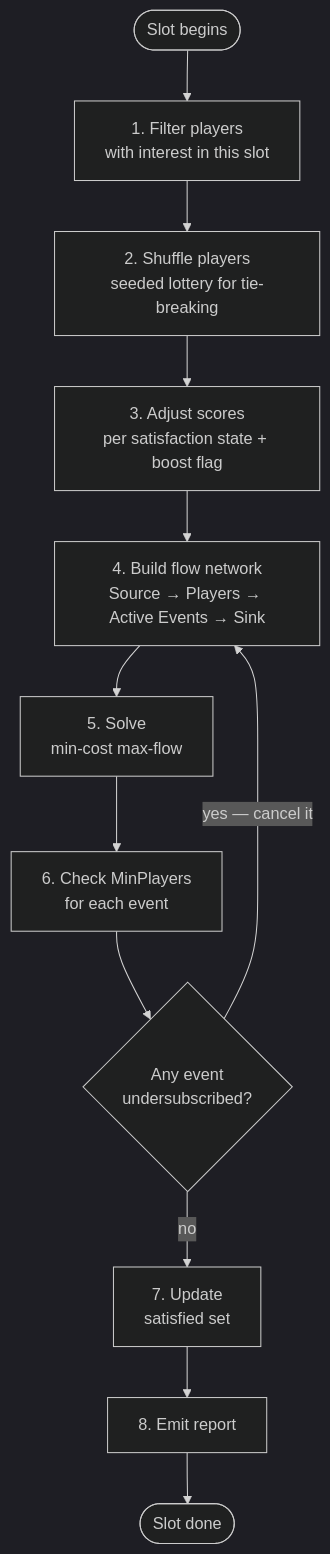
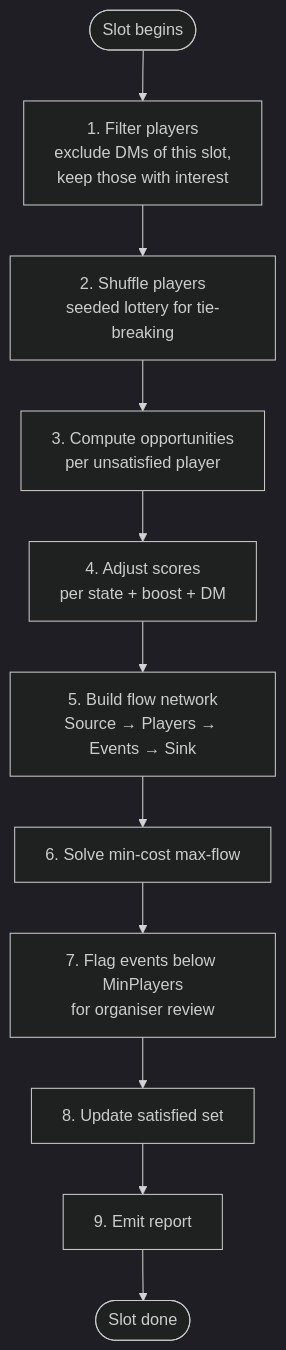
One commit to OskarLeirvaag/Puljefordeling changed the second of 5 diagrams in ALGORITHM.md. Above: the diagram before and after it, drawn with Mermaid (dark theme). The commit also changed other lines of this file and 6 other files, not shown here.

````diff
--- a/ALGORITHM.md
+++ b/ALGORITHM.md
@@ -53,14 +53,13 @@
 ```mermaid
 flowchart TD
-    A([Slot begins]) --> B[1. Filter players\nwith interest in this slot]
+    A([Slot begins]) --> B[1. Filter players\nexclude DMs of this slot,\nkeep those with interest]
     B --> C[2. Shuffle players\nseeded lottery for tie-breaking]
-    C --> D[3. Adjust scores\nper satisfaction state + boost flag]
-    D --> E[4. Build flow network\nSource → Players → Active Events → Sink]
-    E --> F[5. Solve\nmin-cost max-flow]
-    F --> G[6. Check MinPlayers\nfor each event]
-    G --> H{Any event\nundersubscribed?}
-    H -->|yes — cancel it| E
-    H -->|no| I[7. Update\nsatisfied set]
-    I --> J[8. Emit report]
+    C --> D[3. Compute opportunities\nper unsatisfied player]
+    D --> E[4. Adjust scores\nper state + boost + DM]
+    E --> F[5. Build flow network\nSource → Players → Events → Sink]
+    F --> G[6. Solve min-cost max-flow]
+    G --> H[7. Flag events below MinPlayers\nfor organiser review]
+    H --> I[8. Update satisfied set]
+    I --> J[9. Emit report]
     J --> End([Slot done])
 ```
````
